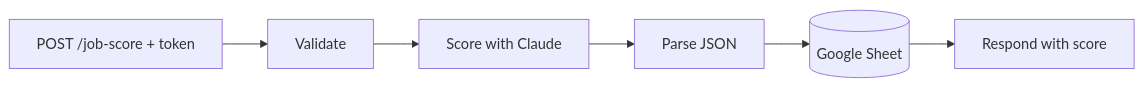
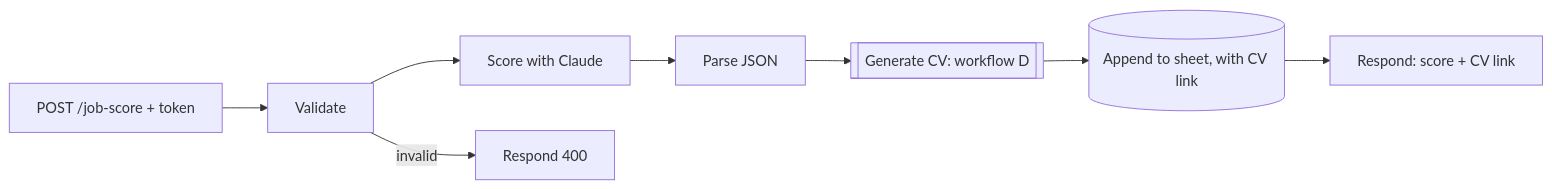
The third of 5 diagrams in docs/architecture.md (WilliamHepton/ai-job-search-assistant), drawn with Mermaid before and after one commit. The commit also changed other lines of this file and 10 other files, not shown here.

````diff
--- a/docs/architecture.md
+++ b/docs/architecture.md
@@ -23,4 +36,6 @@
 ```mermaid
 flowchart LR
-    W[POST /job-score + token] --> V[Validate] --> C[Score with Claude] --> P[Parse JSON] --> GS[(Google Sheet)] --> R[Respond with score]
+    W[POST /job-score + token] --> V[Validate] --> C[Score with Claude] --> P[Parse JSON]
+    P --> GEN[[Generate CV: workflow D]] --> GS[(Append to sheet, with CV link)] --> R[Respond: score + CV link]
+    V -- invalid --> R4[Respond 400]
 ```
````
